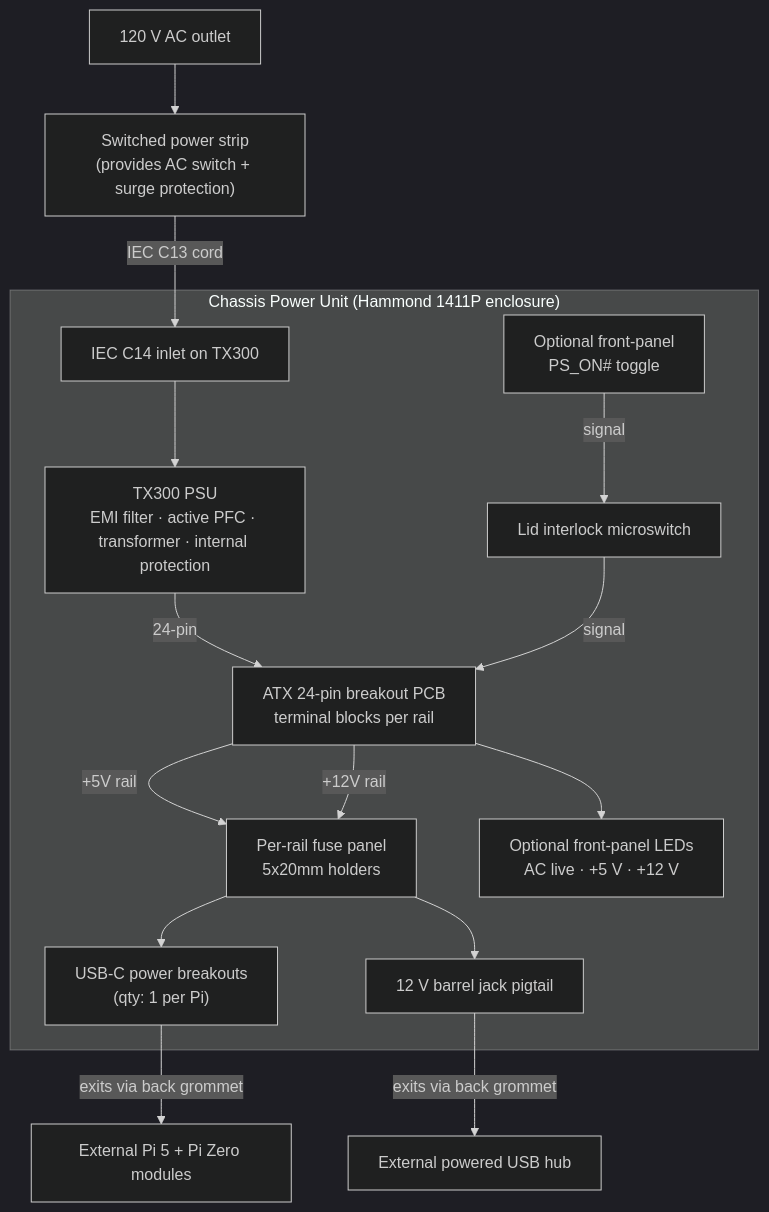
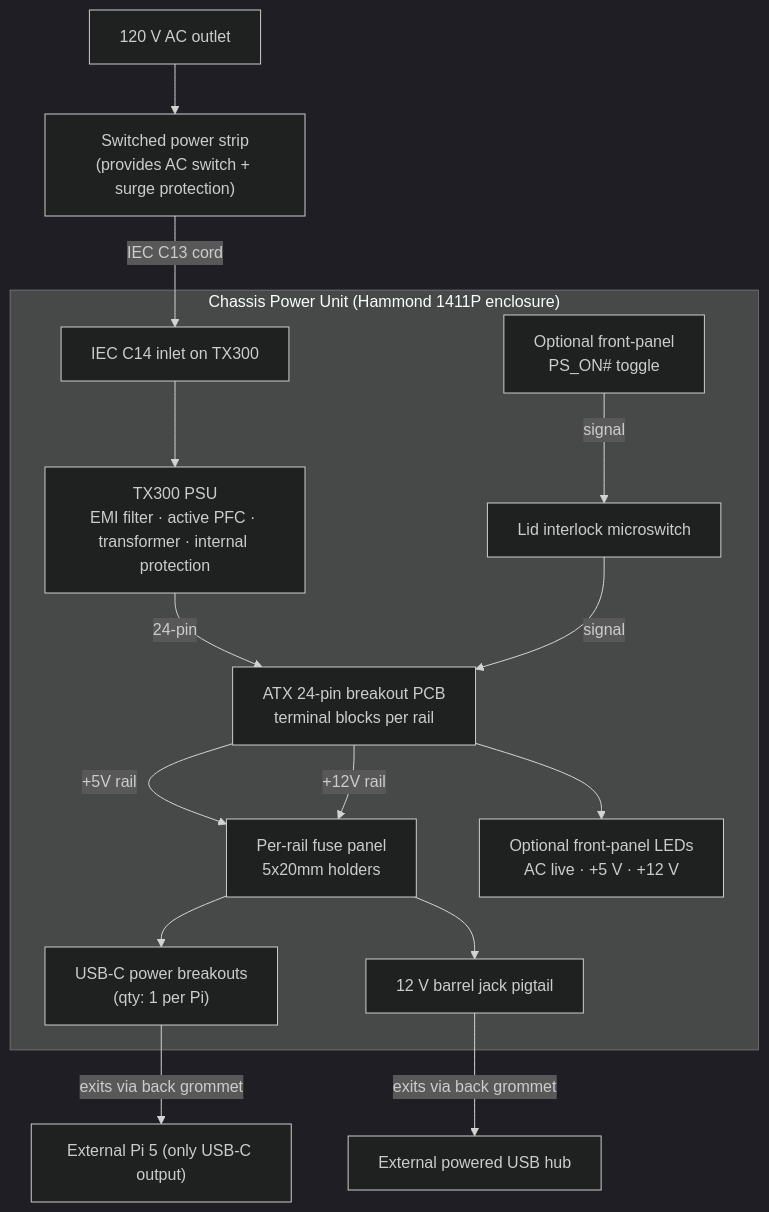
The diagram in docs/chassis/Chassis_Power_Distribution_Design.md (Pike1950/poor-mans-validation-bench), drawn with Mermaid (dark theme) before and after one commit. The commit also changed other lines of this file and 5 other files, not shown here.

````diff
--- a/docs/chassis/Chassis_Power_Distribution_Design.md
+++ b/docs/chassis/Chassis_Power_Distribution_Design.md
@@ -74,29 +75,29 @@
 ```mermaid
 flowchart TB
     Wall["120 V AC outlet"]
     Strip["Switched power strip<br/>(provides AC switch + surge protection)"]
     Wall --> Strip
     subgraph CPU["Chassis Power Unit (Hammond 1411P enclosure)"]
         IEC["IEC C14 inlet on TX300"]
         TX300["TX300 PSU<br/>EMI filter · active PFC · transformer · internal protection"]
         Breakout["ATX 24-pin breakout PCB<br/>terminal blocks per rail"]
         Toggle["Optional front-panel<br/>PS_ON# toggle"]
         Lid["Lid interlock microswitch"]
         Fuses["Per-rail fuse panel<br/>5x20mm holders"]
         USB_C["USB-C power breakouts<br/>(qty: 1 per Pi)"]
         Hub_Pig["12 V barrel jack pigtail"]
         LEDs["Optional front-panel LEDs<br/>AC live · +5 V · +12 V"]
         IEC --> TX300
         TX300 -->|24-pin| Breakout
         Toggle -->|signal| Lid
         Lid -->|signal| Breakout
         Breakout -->|+5V rail| Fuses
         Breakout -->|+12V rail| Fuses
         Fuses --> USB_C
         Fuses --> Hub_Pig
         Breakout --> LEDs
     end
     Strip -->|IEC C13 cord| IEC
-    USB_C -->|exits via back grommet| Pi5["External Pi 5 + Pi Zero modules"]
+    USB_C -->|exits via back grommet| Pi5["External Pi 5 (only USB-C output)"]
     Hub_Pig -->|exits via back grommet| HubLoad["External powered USB hub"]
 ```
````
